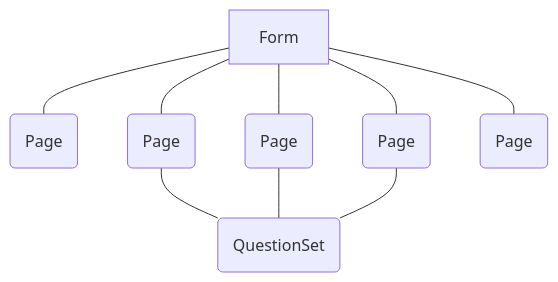
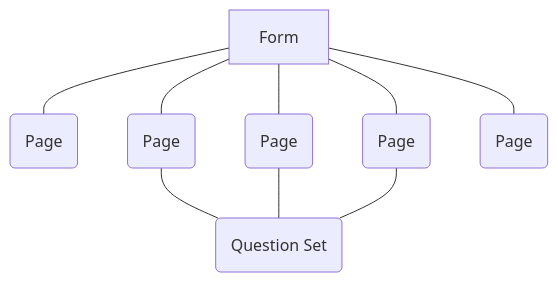
Before and after one commit to alphagov/forms: the fourth of 5 diagrams in ADR/ADR034-add-another-answer-data-model.md, drawn with Mermaid. The commit also changed other lines of this file, not shown here.

Commit message:
Fix wording in diagram

````diff
--- a/ADR/ADR034-add-another-answer-data-model.md
+++ b/ADR/ADR034-add-another-answer-data-model.md
@@ -328,11 +328,11 @@
 ```mermaid
 flowchart TD
     Form --- Page1(Page)
     Form --- Page2(Page)
     Form --- Page3(Page)
     Form --- Page4(Page)
     Form --- Page5(Page)
-    Page2 --- Set1(QuestionSet)
-    Page3 --- Set1(QuestionSet)
-    Page4 --- Set1(QuestionSet)
+    Page2 --- Set1(Question Set)
+    Page3 --- Set1(Question Set)
+    Page4 --- Set1(Question Set)
 ```
````
